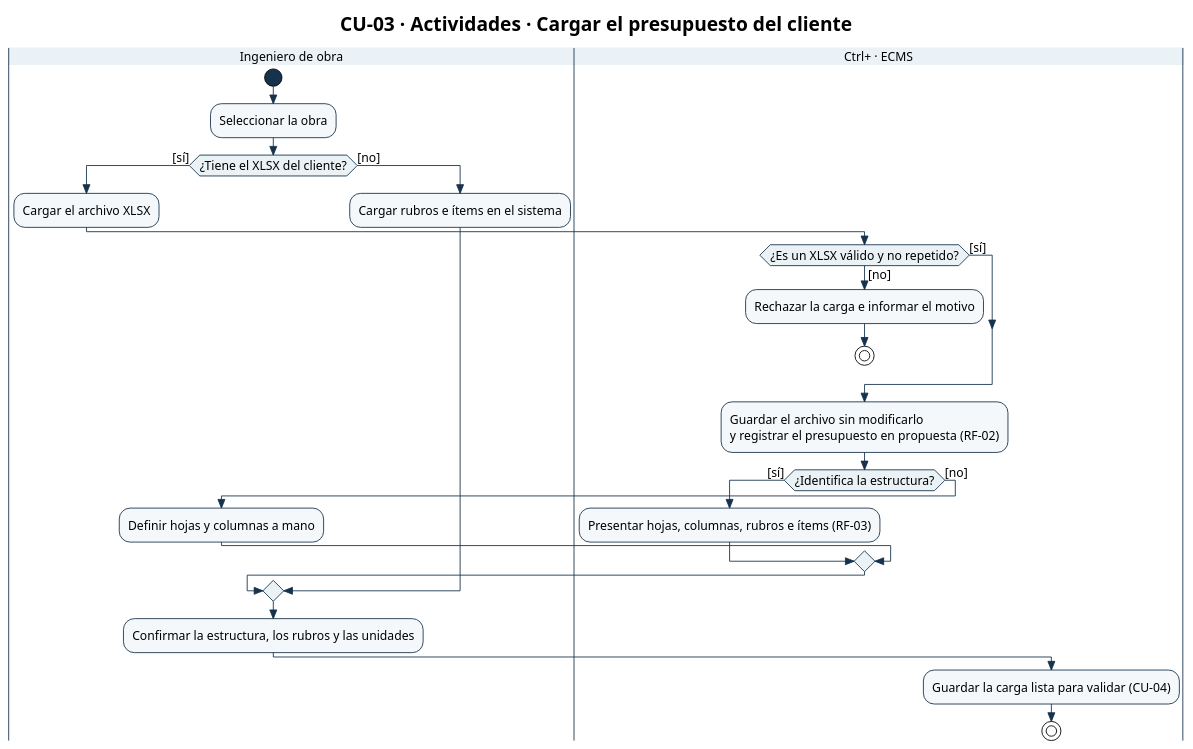
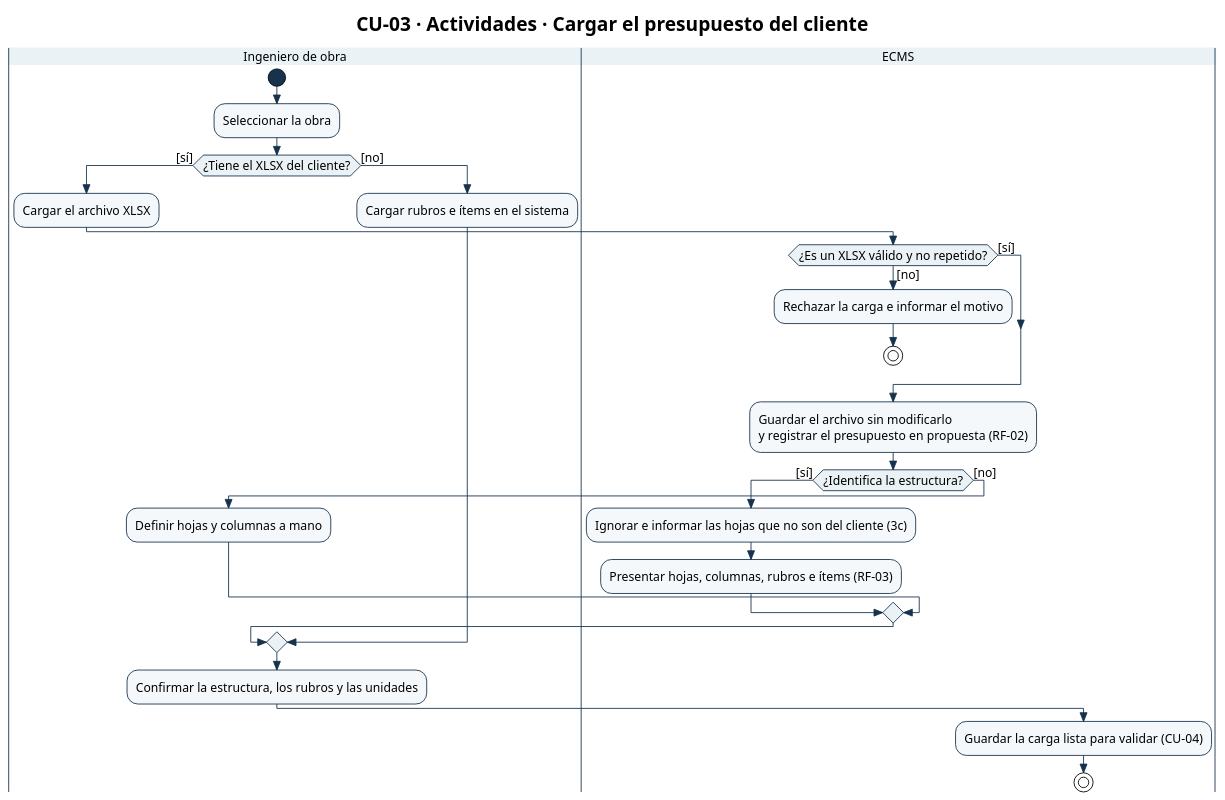
One commit to Ssrrb/tpf-uca changed the diagram in diagramas/CU-03-actividades.puml. Above: the diagram before and after it, drawn with PlantUML. The commit also changed 41 other files, not shown here.

First line of the commit message:
Diagramas de los 16 CU en el MVP: ajustes de CU-01 a CU-09 y diagramas nuevos de CU-10 a CU-16

```diff
--- a/diagramas/CU-03-actividades.puml
+++ b/diagramas/CU-03-actividades.puml
@@ -1,63 +1,64 @@
 @startuml
 !theme plain
 skinparam style strictuml
 skinparam shadowing false
 skinparam defaultFontName Arial
 skinparam defaultFontSize 14
 skinparam ArrowColor #17324D
 skinparam activity {
   StartColor #17324D
   EndColor #17324D
   BarColor #17324D
   BackgroundColor #F5F8FA
   BorderColor #17324D
   DiamondBackgroundColor #EAF2F6
   DiamondBorderColor #17324D
 }
 skinparam swimlane {
   BorderColor #17324D
   TitleBackgroundColor #EAF2F6
 }
 skinparam state {
   StartColor #17324D
   EndColor #17324D
   BackgroundColor #F5F8FA
   BorderColor #17324D
 }
 skinparam package {
   BackgroundColor #EAF2F6
   BorderColor #17324D
 }
 skinparam note {
   BackgroundColor #FFFFFF
   BorderColor #17324D
 }
 title CU-03 · Actividades · Cargar el presupuesto del cliente
 |Ingeniero de obra|
 start
 :Seleccionar la obra;
 if (¿Tiene el XLSX del cliente?) then ([sí])
   :Cargar el archivo XLSX;
-  |Ctrl+ · ECMS|
+  |ECMS|
   if (¿Es un XLSX válido y no repetido?) then ([no])
     :Rechazar la carga e informar el motivo;
     stop
   else ([sí])
   endif
   :Guardar el archivo sin modificarlo
   y registrar el presupuesto en propuesta (RF-02);
   if (¿Identifica la estructura?) then ([sí])
+    :Ignorar e informar las hojas que no son del cliente (3c);
     :Presentar hojas, columnas, rubros e ítems (RF-03);
   else ([no])
     |Ingeniero de obra|
     :Definir hojas y columnas a mano;
   endif
 else ([no])
   :Cargar rubros e ítems en el sistema;
 endif
 |Ingeniero de obra|
 :Confirmar la estructura, los rubros y las unidades;
-|Ctrl+ · ECMS|
+|ECMS|
 :Guardar la carga lista para validar (CU-04);
 stop
 @enduml
```
